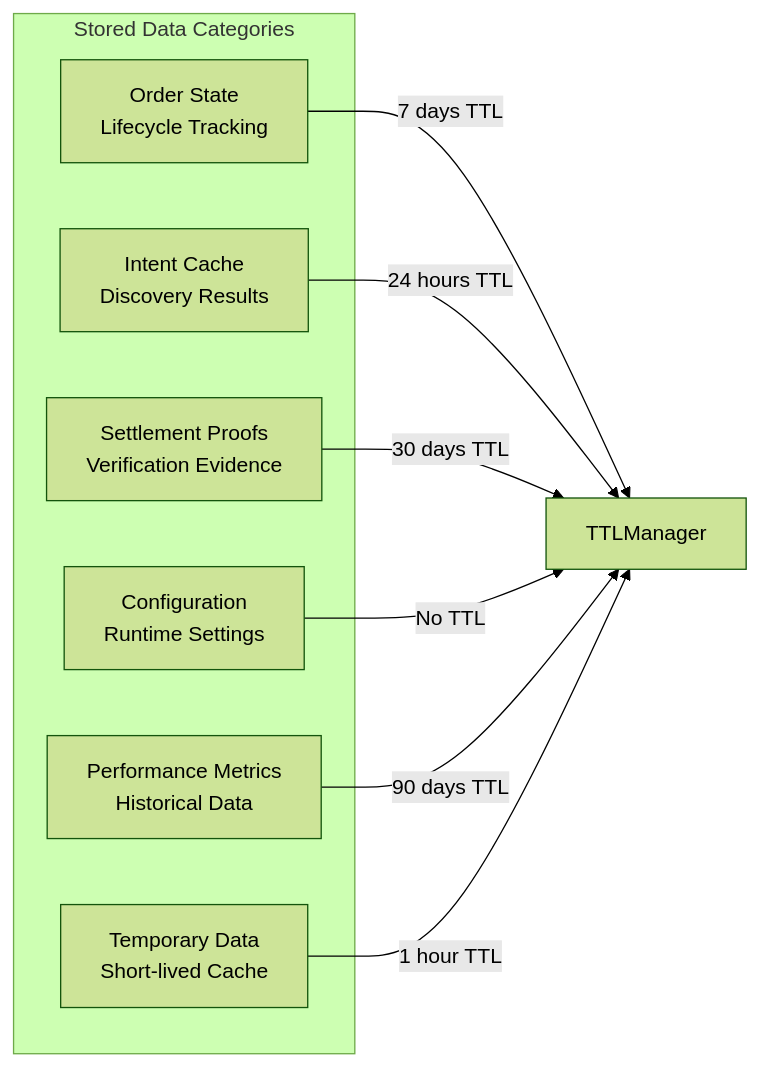
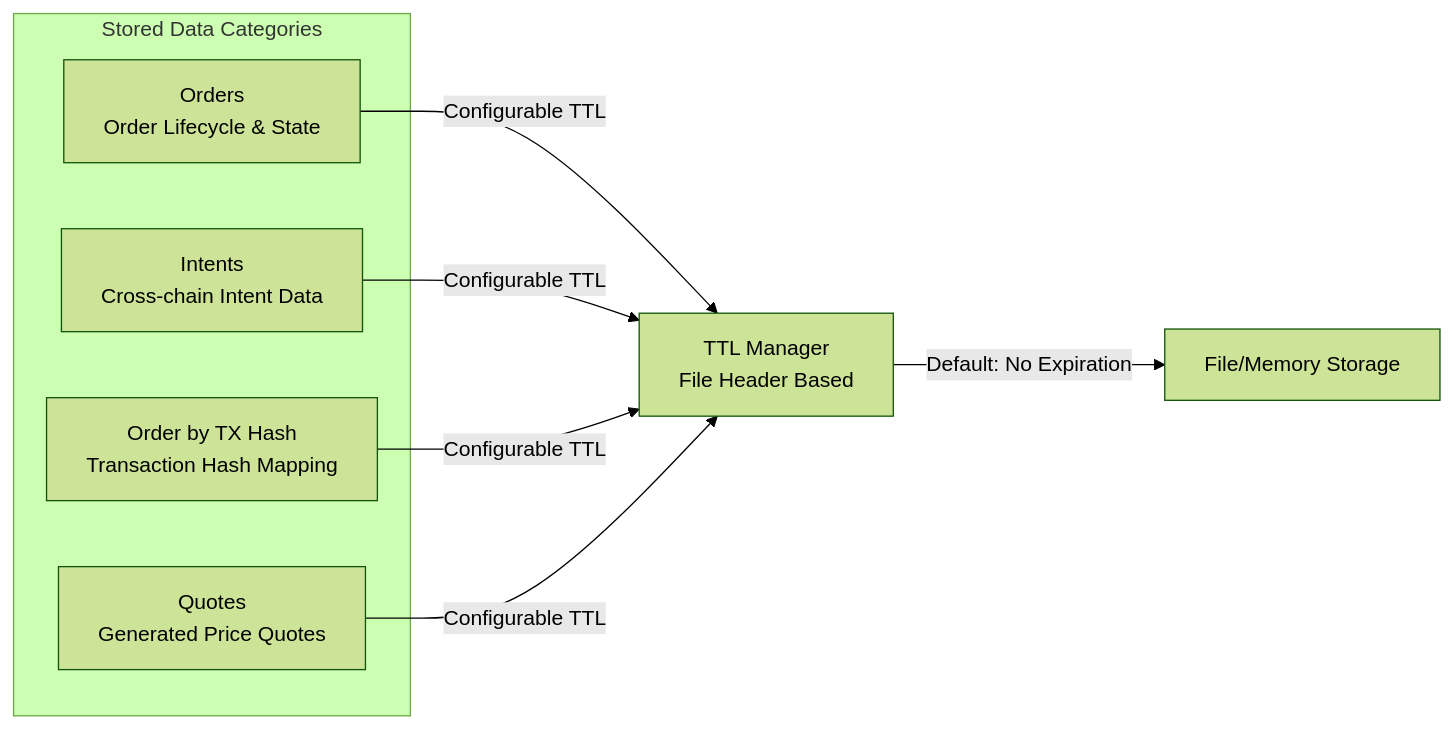
Before and after one commit to openintentsframework/oif-solver: the second of 2 diagrams in docs/developer/crates/solver-storage.md, drawn with Mermaid (forest theme). The commit also changed other lines of this file and 9 other files, not shown here.

````diff
--- a/docs/developer/crates/solver-storage.md
+++ b/docs/developer/crates/solver-storage.md
@@ -44,18 +43,16 @@
 ```mermaid
 graph LR
     subgraph "Stored Data Categories"
-        OrderData[Order State<br/>Lifecycle Tracking]
-        IntentData[Intent Cache<br/>Discovery Results]
-        ProofData[Settlement Proofs<br/>Verification Evidence]
-        ConfigData[Configuration<br/>Runtime Settings]
-        MetricsData[Performance Metrics<br/>Historical Data]
-        TempData[Temporary Data<br/>Short-lived Cache]
+        OrderData[Orders<br/>Order Lifecycle & State]
+        IntentData[Intents<br/>Cross-chain Intent Data]
+        TxHashData[Order by TX Hash<br/>Transaction Hash Mapping]
+        QuoteData[Quotes<br/>Generated Price Quotes]
     end
 
-    OrderData --> |7 days TTL| TTLManager
-    IntentData --> |24 hours TTL| TTLManager
-    ProofData --> |30 days TTL| TTLManager
-    ConfigData --> |No TTL| TTLManager
-    MetricsData --> |90 days TTL| TTLManager
-    TempData --> |1 hour TTL| TTLManager
+    OrderData --> |Configurable TTL| TTLManager[TTL Manager<br/>File Header Based]
+    IntentData --> |Configurable TTL| TTLManager
+    TxHashData --> |Configurable TTL| TTLManager
+    QuoteData --> |Configurable TTL| TTLManager
+
+    TTLManager --> |Default: No Expiration| Storage[File/Memory Storage]
 ```
````
